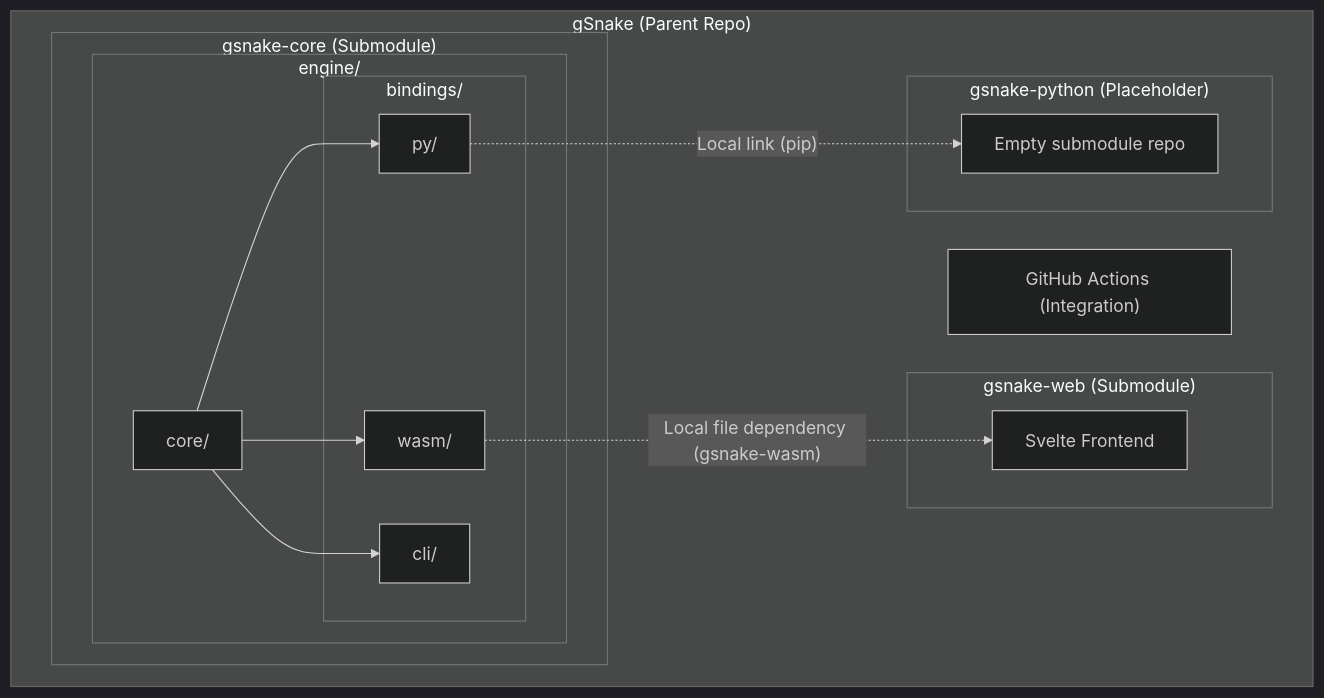
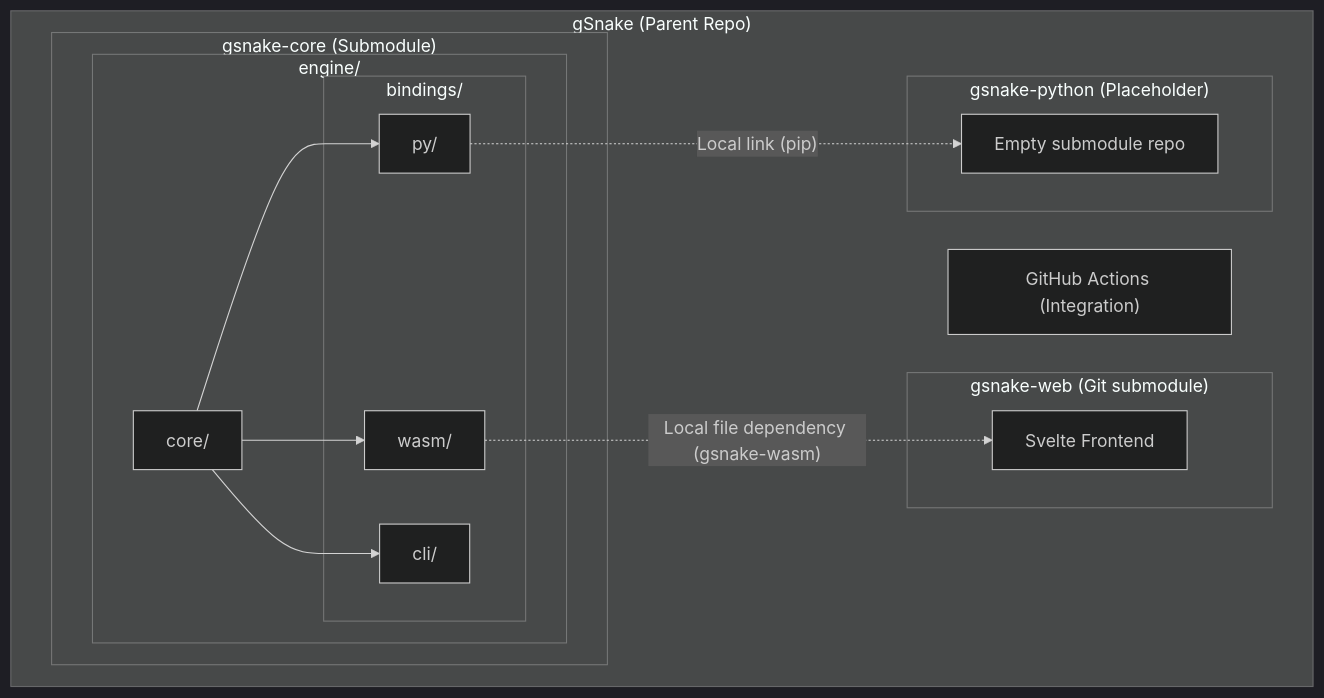
Before and after one commit to NNTin/gSnake: the first of 6 diagrams in epics/folder-structure/core-flows.md, drawn with Mermaid (dark theme). The commit also changed other lines of this file and 8 other files, not shown here.

Commit message:
t6 completed, integration test is also running again, reworked specs to accomodate Svelte migration to gsnake-web

````diff
--- a/epics/folder-structure/core-flows.md
+++ b/epics/folder-structure/core-flows.md
@@ -4,36 +4,36 @@
 ```mermaid
 flowchart LR
   subgraph gSnake["gSnake (Parent Repo)"]
     direction LR
 
     GlobalCI["GitHub Actions (Integration)"]
     
     subgraph gsnake_core["gsnake-core (Submodule)"]
       subgraph engine["engine/"]
         Core["core/"]
 
         subgraph bindings["bindings/"]
           WASM["wasm/"]
           PY["py/"]
           CLI["cli/"]
         end
 
         Core --> WASM
         Core --> PY
         Core --> CLI
       end
     end
 
-    subgraph gsnake_web["gsnake-web (Submodule)"]
+    subgraph gsnake_web["gsnake-web (Git submodule)"]
       Svelte["Svelte Frontend"]
     end
 
     subgraph gsnake_python["gsnake-python (Placeholder)"]
       PyApp["Empty submodule repo"]
     end
 
     WASM -.->|"Local file dependency (gsnake-wasm)"| Svelte
     PY -.->|"Local link (pip)"| PyApp
     
   end
 ```
````
